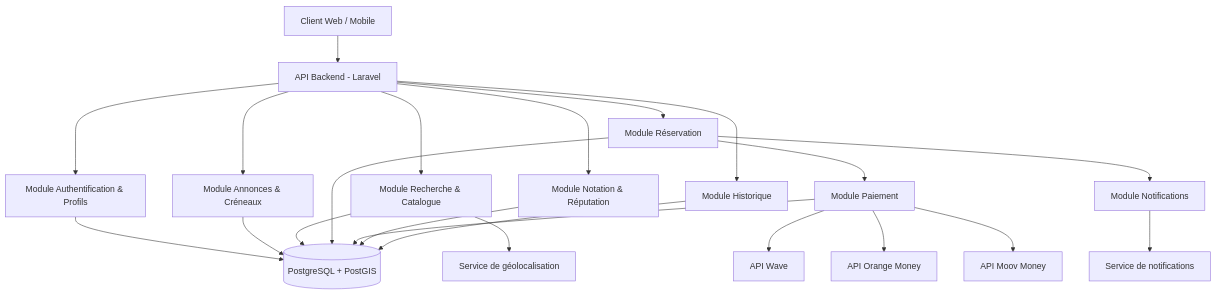
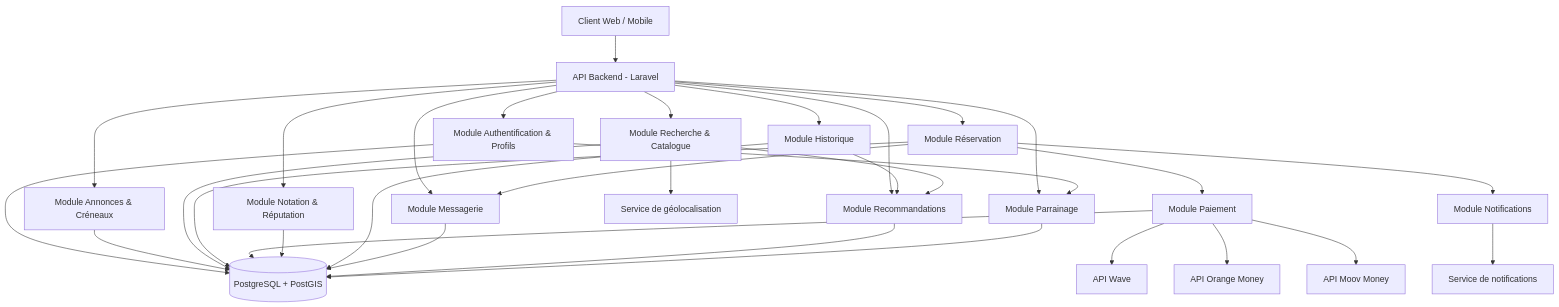
One commit to marakadenlvlb-max/app-reservation-terrains- changed the first of 2 diagrams in architecture.md. Above: the diagram before and after it, drawn with Mermaid. The commit also changed other lines of this file and 40 other files, not shown here.

First line of the commit message:
Could have: messagerie (US-24), recommandations (US-25), parrainage (US-26)

````diff
--- a/architecture.md
+++ b/architecture.md
@@ -53,41 +55,54 @@
 ```mermaid
 graph TD
     Client[Client Web / Mobile]
     API[API Backend - Laravel]
     Auth[Module Authentification & Profils]
     Annonces[Module Annonces & Créneaux]
     Recherche[Module Recherche & Catalogue]
     Reservation[Module Réservation]
     Paiement[Module Paiement]
     Notation[Module Notation & Réputation]
     Historique[Module Historique]
     Notifications[Module Notifications]
+    Messagerie[Module Messagerie]
+    Recommandations[Module Recommandations]
+    Parrainage[Module Parrainage]
     DB[(PostgreSQL + PostGIS)]
     Wave[API Wave]
     OM[API Orange Money]
     Moov[API Moov Money]
     Geo[Service de géolocalisation]
     Push[Service de notifications]
 
     Client --> API
     API --> Auth
     API --> Annonces
     API --> Recherche
     API --> Reservation
     API --> Notation
     API --> Historique
+    API --> Messagerie
+    API --> Recommandations
+    API --> Parrainage
     Reservation --> Paiement
     Paiement --> Wave
     Paiement --> OM
     Paiement --> Moov
     Recherche --> Geo
     Notifications --> Push
     Reservation --> Notifications
+    Reservation --> Messagerie
+    Historique --> Recommandations
+    Recherche --> Recommandations
+    Auth --> Parrainage
     Auth --> DB
     Annonces --> DB
     Recherche --> DB
     Reservation --> DB
     Paiement --> DB
     Notation --> DB
     Historique --> DB
+    Messagerie --> DB
+    Recommandations --> DB
+    Parrainage --> DB
 ```
````
